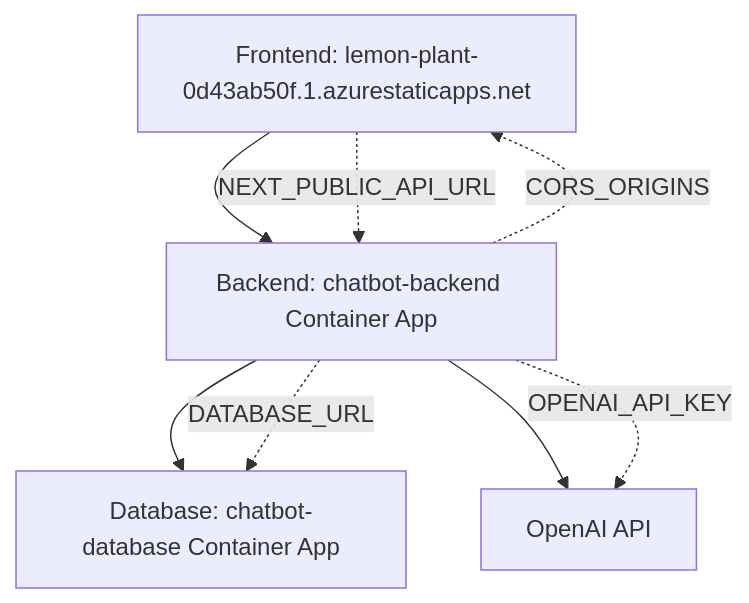
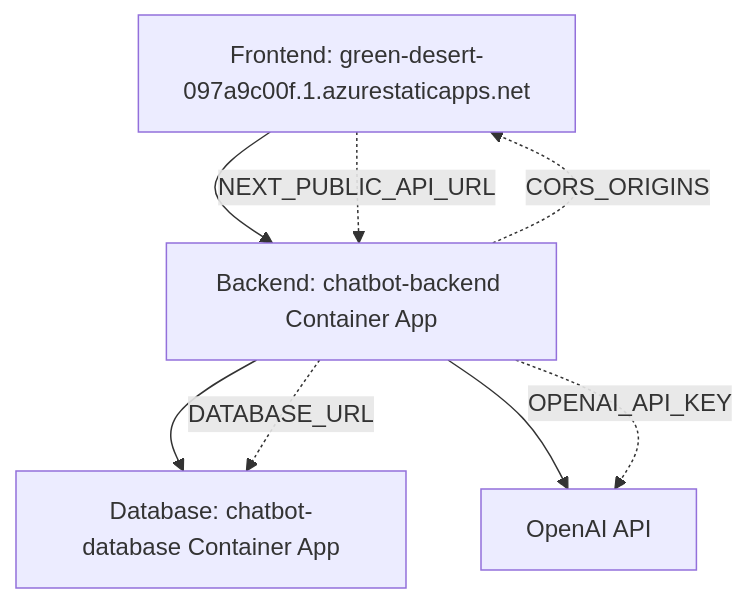
The diagram in DEPLOYMENT-CONFIG.md (kmdiallo69/ai-chatbot-portfolio), drawn with Mermaid before and after one commit. The commit also changed other lines of this file and 3 other files, not shown here.

````diff
--- a/DEPLOYMENT-CONFIG.md
+++ b/DEPLOYMENT-CONFIG.md
@@ -118,11 +118,11 @@
 ```mermaid
 graph TD
-    A[Frontend: lemon-plant-0d43ab50f.1.azurestaticapps.net] --> B[Backend: chatbot-backend Container App]
+    A[Frontend: green-desert-097a9c00f.1.azurestaticapps.net] --> B[Backend: chatbot-backend Container App]
     B --> C[Database: chatbot-database Container App]
     B --> D[OpenAI API]
     
     A -.->|NEXT_PUBLIC_API_URL| B
     B -.->|DATABASE_URL| C
     B -.->|OPENAI_API_KEY| D
     B -.->|CORS_ORIGINS| A
 ```
````
